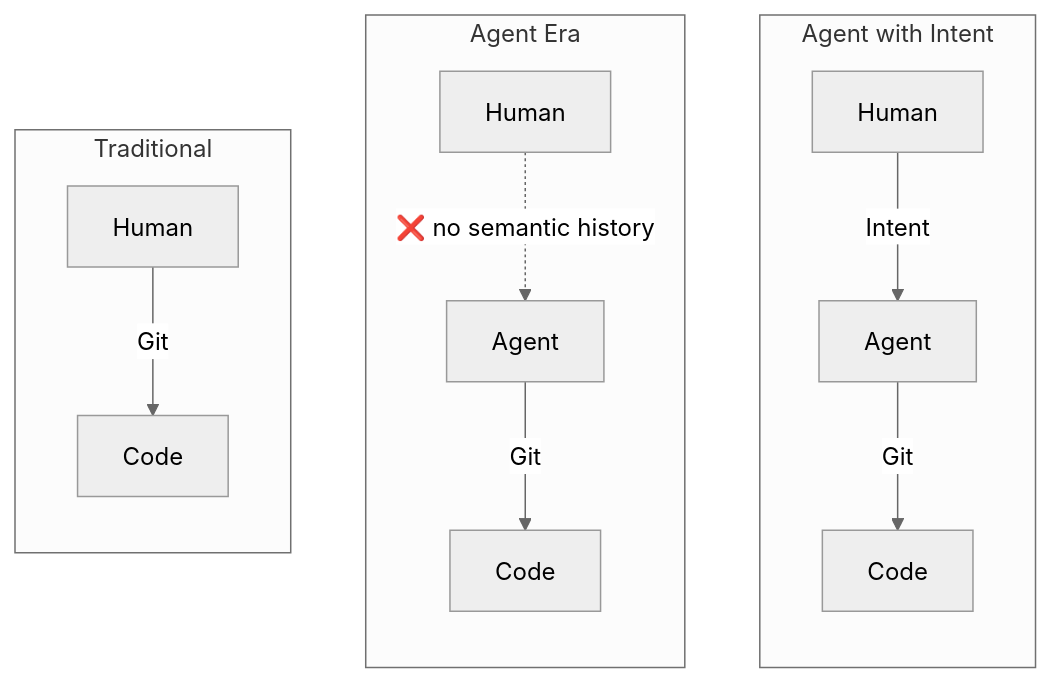
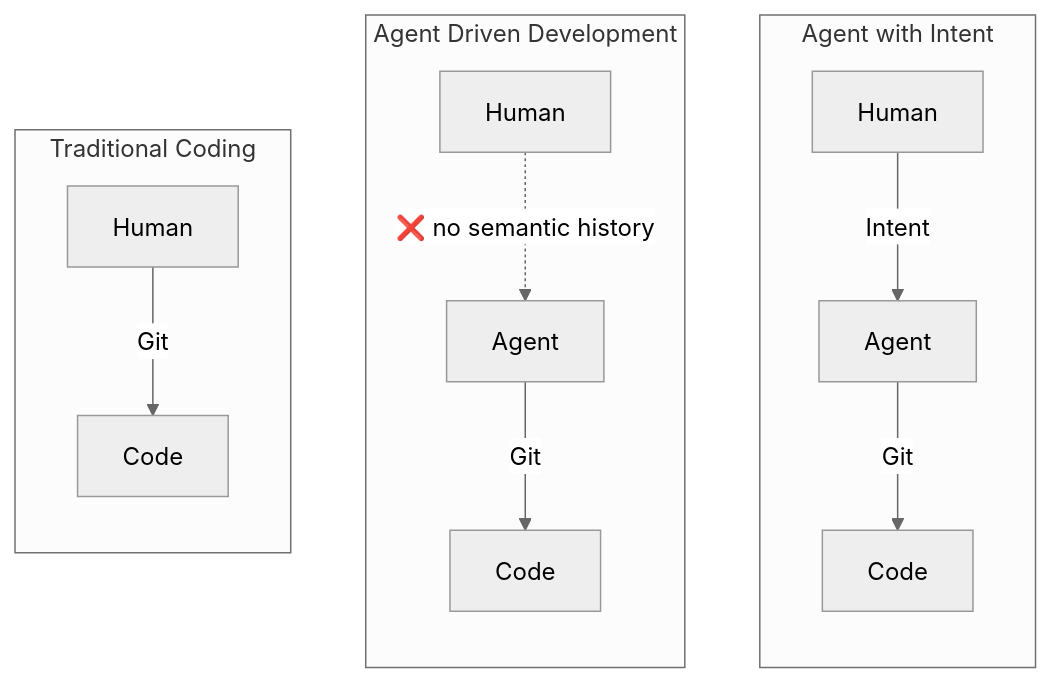
The first of 2 diagrams in README.md (dozybot001/Intent), drawn with Mermaid (neutral theme) before and after one commit.

````diff
--- a/README.md
+++ b/README.md
@@ -15,26 +15,26 @@
 ```mermaid
 flowchart LR
-  subgraph traditional["Traditional"]
+  subgraph traditional["Traditional Coding"]
     direction TB
     H1["Human"]
     C1["Code"]
     H1 -->|"Git"| C1
   end
-  subgraph agent["Agent Era"]
+  subgraph agent["Agent Driven Development"]
     direction TB
     H2["Human"]
     AG["Agent"]
     C2["Code"]
     H2 -."❌ no semantic history".-> AG
     AG -->|"Git"| C2
   end
   subgraph withintent["Agent with Intent"]
     direction TB
     H3["Human"]
     AG2["Agent"]
     C3["Code"]
     H3 -->|"Intent"| AG2
     AG2 -->|"Git"| C3
   end
   traditional ~~~ agent ~~~ withintent
 ```
````
